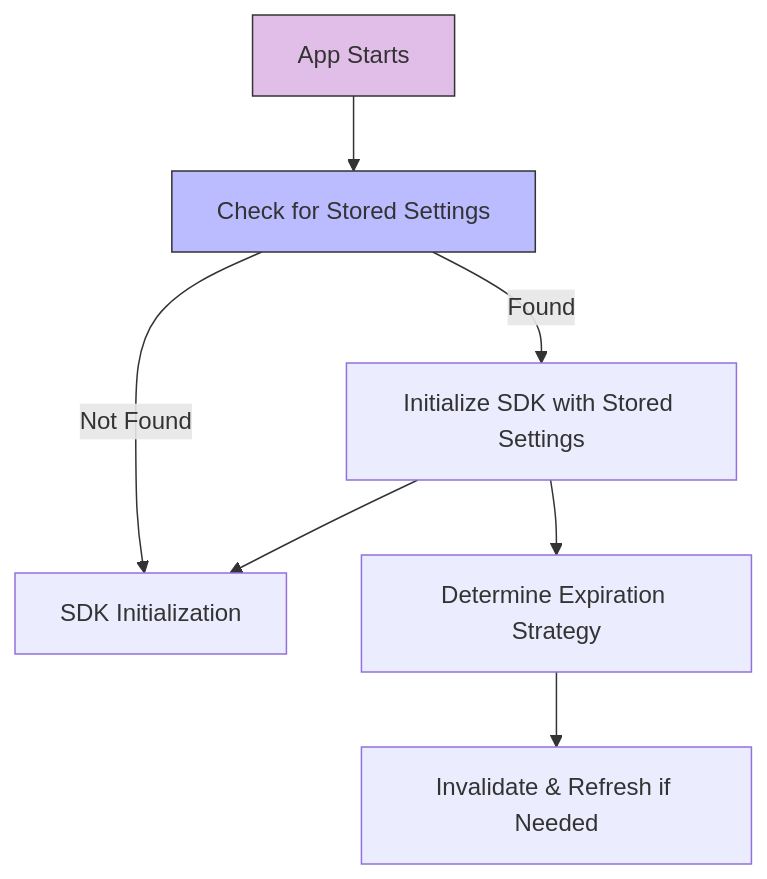
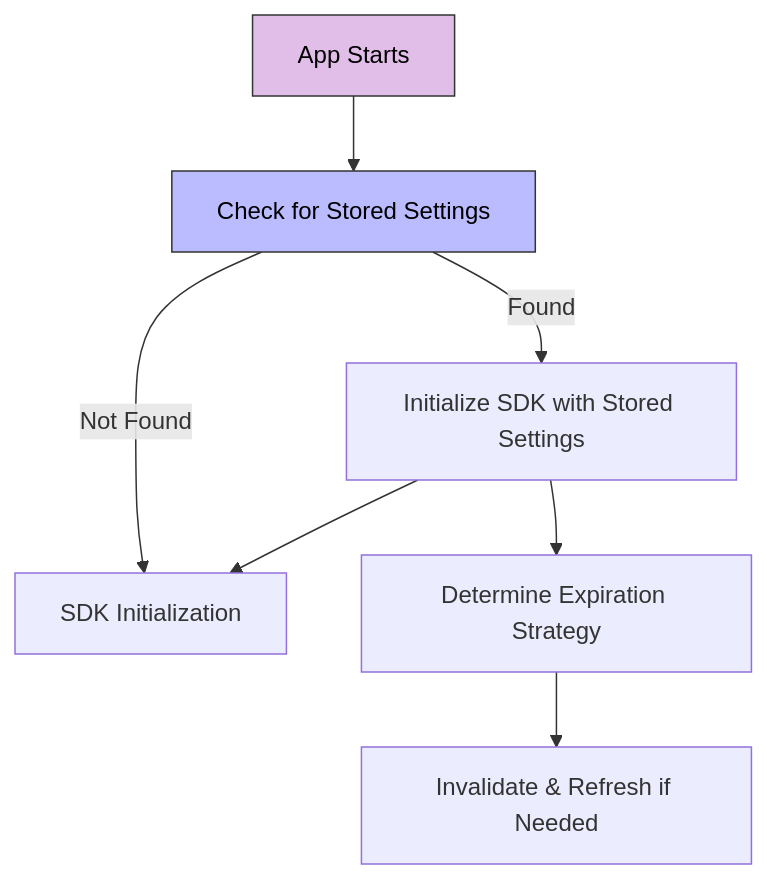
One commit to wingify/readme-central changed the second of 3 diagrams in docs/Concepts/fme-sdks-caching.md. Above: the diagram before and after it, drawn with Mermaid.

Commit message:
Update doc `fme-sdks-caching`

````diff
--- a/docs/Concepts/fme-sdks-caching.md
+++ b/docs/Concepts/fme-sdks-caching.md
@@ -112,15 +112,20 @@
 ```mermaid
 flowchart TD
     A[App Starts] --> B[Check for Stored Settings]
     B -- Found --> C[Initialize SDK with Stored Settings]
     B -- Not Found --> F[SDK Operational]
     
     C --> F[SDK Initialization]
 
     C --> G[Determine Expiration Strategy]
     G --> H[Invalidate & Refresh if Needed]
 
-    style A fill:#E1BEE7,stroke:#333,stroke-width:1px
-    style B fill:#bbf,stroke:#333,stroke-width:1px
+    %% Assign classes
+    class A start
+    class B check
+
+    %% Define styles
+    classDef start fill:#E1BEE7,stroke:#333,stroke-width:1px,color:#000
+    classDef check fill:#bbf,stroke:#333,stroke-width:1px,color:#000
 
 ```
````
